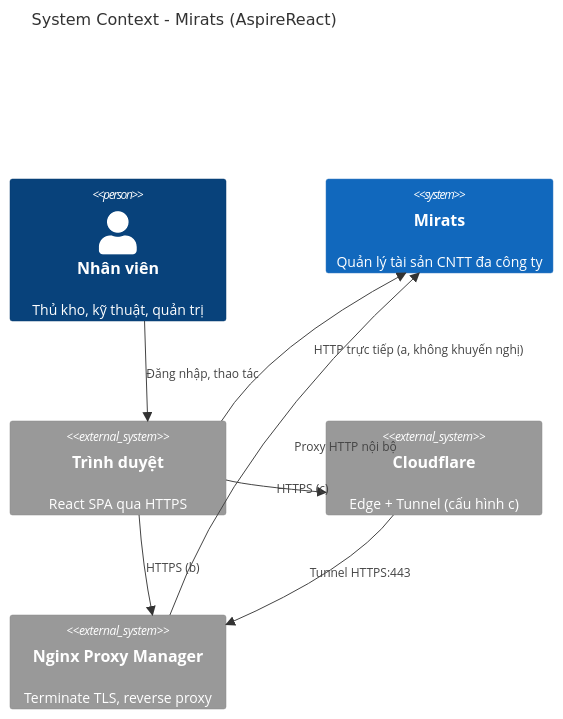
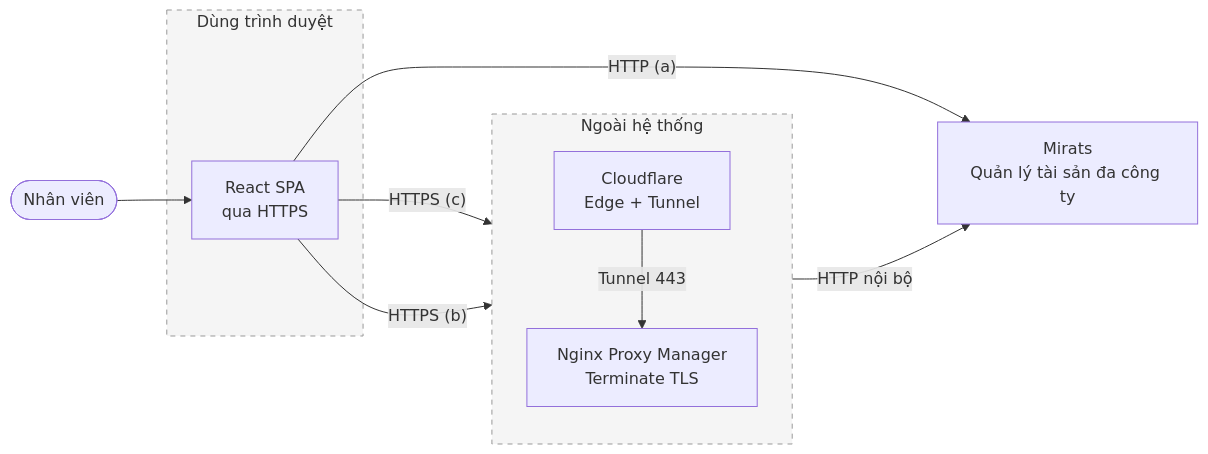
One commit to toannd18/mirats changed the diagram in docs/guide/02-c4-context.md. Above: the diagram before and after it, drawn with Mermaid. The commit also changed other lines of this file and 7 other files, not shown here.

Commit message:
docs(guide): flowchart thay C4 vo + rut gon sequence + ERD khop snapshot

````diff
--- a/docs/guide/02-c4-context.md
+++ b/docs/guide/02-c4-context.md
@@ -12,18 +14,26 @@
 ```mermaid
-C4Context
-  title System Context - Mirats (AspireReact)
+flowchart LR
+    staff([Nhân viên])
 
-  Person(staff, "Nhân viên", "Thủ kho, kỹ thuật, quản trị")
-  System(mirats, "Mirats", "Quản lý tài sản CNTT đa công ty")
+    subgraph BROWSER["Dùng trình duyệt"]
+        browser[React SPA<br/>qua HTTPS]
+    end
 
-  System_Ext(browser, "Trình duyệt", "React SPA qua HTTPS")
-  System_Ext(cloudflare, "Cloudflare", "Edge + Tunnel (cấu hình c)")
-  System_Ext(npm, "Nginx Proxy Manager", "Terminate TLS, reverse proxy")
+    subgraph EXT["Ngoài hệ thống"]
+        direction TB
+        cf[Cloudflare<br/>Edge + Tunnel]
+        npm[Nginx Proxy Manager<br/>Terminate TLS]
+    end
 
-  Rel(staff, browser, "Đăng nhập, thao tác")
-  Rel(browser, cloudflare, "HTTPS (c)")
-  Rel(browser, npm, "HTTPS (b)")
-  Rel(browser, mirats, "HTTP trực tiếp (a, không khuyến nghị)")
-  Rel(cloudflare, npm, "Tunnel HTTPS:443")
-  Rel(npm, mirats, "Proxy HTTP nội bộ")
+    mirats[Mirats<br/>Quản lý tài sản đa công ty]
+
+    staff --> browser
+    browser -- "HTTPS (c)" --> cf
+    browser -- "HTTPS (b)" --> npm
+    browser -- "HTTP (a)" --> mirats
+    cf -- "Tunnel 443" --> npm
+    npm -- "HTTP nội bộ" --> mirats
+
+    style BROWSER fill:#f5f5f5,stroke:#999,stroke-dasharray: 5 5
+    style EXT fill:#f5f5f5,stroke:#999,stroke-dasharray: 5 5
 ```
````
